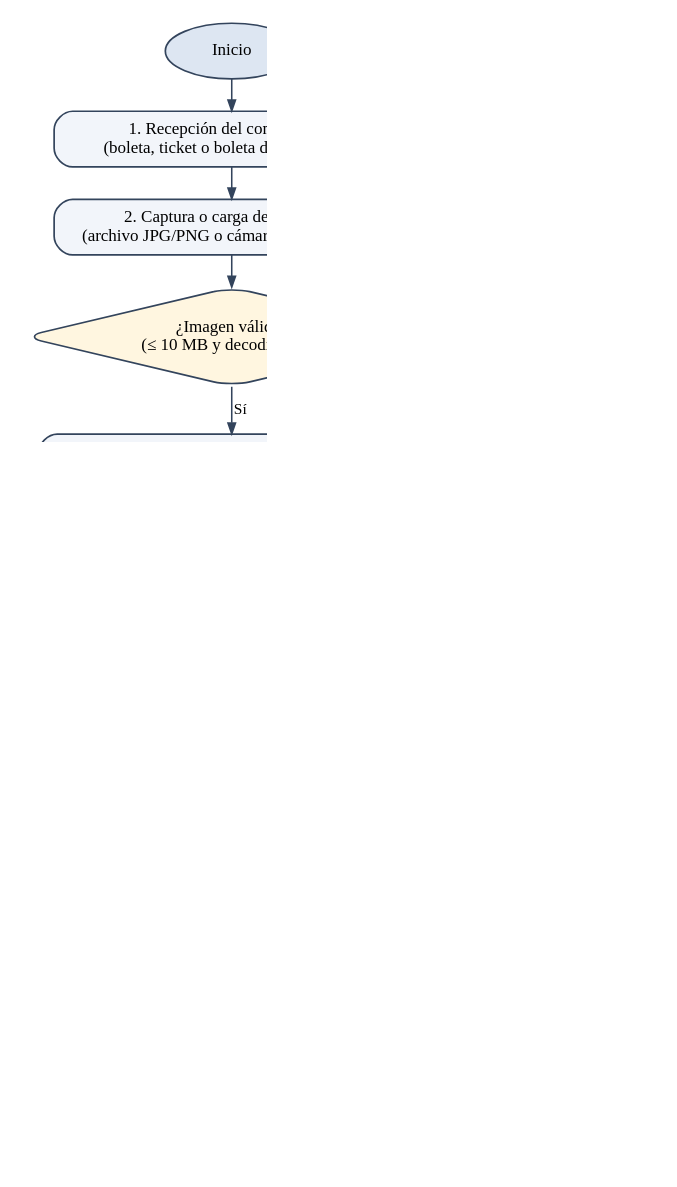
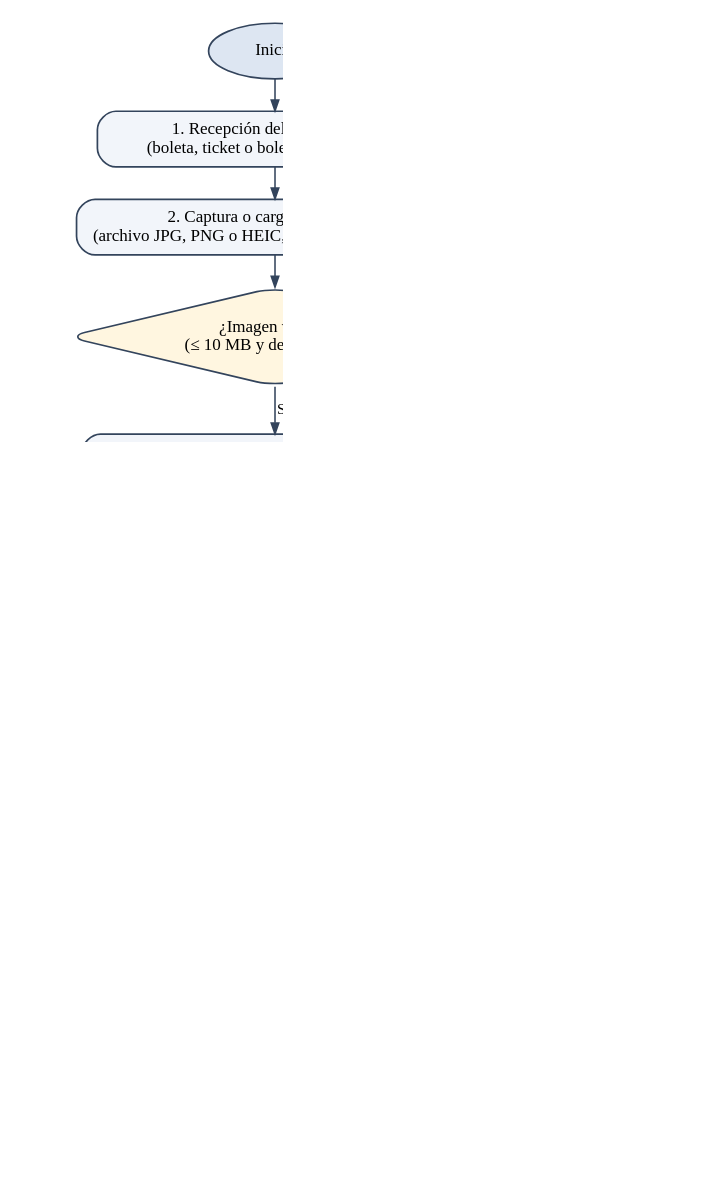
The diagram in experimentos/diagramas/flujo_proceso.dot (mort1zr/Boletas_Digitalizador), drawn with Graphviz before and after one commit. The commit also changed 10 other files, not shown here.

Commit message:
Datos: cinco boletas reales nuevas anonimizadas (R7 a R11); diagramas actualizados a PaddleOCR

```diff
--- a/experimentos/diagramas/flujo_proceso.dot
+++ b/experimentos/diagramas/flujo_proceso.dot
@@ -1,26 +1,26 @@
 digraph G {
   graph [rankdir=TB, fontname="Liberation Serif", nodesep=0.35, ranksep=0.28, dpi=200, pad=0.2];
   node  [fontname="Liberation Serif", fontsize=11, shape=box, style="rounded,filled", fillcolor="#F2F5FA", color="#33445C", penwidth=1.1, width=3.2];
   edge  [fontname="Liberation Serif", fontsize=10, color="#33445C", arrowsize=0.7];
   ini  [label="Inicio", shape=oval, fillcolor="#DDE6F2", width=1.2];
   e1   [label="1. Recepción del comprobante\n(boleta, ticket o boleta de restaurante)"];
-  e2   [label="2. Captura o carga de la imagen\n(archivo JPG/PNG o cámara del navegador)"];
+  e2   [label="2. Captura o carga de la imagen\n(archivo JPG, PNG o HEIC, o cámara del navegador)"];
   v1   [label="¿Imagen válida?\n(≤ 10 MB y decodificable)", shape=diamond, fillcolor="#FFF6E0", width=2.6];
   err  [label="Mensaje de error\ny nueva captura", fillcolor="#FBE3E3", width=1.8];
-  e3   [label="3. Preprocesamiento con OpenCV\nescala ≤ 2400 px · grises · corrección de inclinación\n(Canny + Hough) · CLAHE · filtro bilateral"];
-  e4   [label="4. Reconocimiento OCR con EasyOCR\n(detección CRAFT + reconocimiento CRNN, es/en)"];
-  e5   [label="5. Extracción de campos\nfecha · comercio · total (reglas formato A/B)"];
+  e3   [label="3. Preprocesamiento con OpenCV\nescala ≤ 2400 px · grises · corrección de inclinación\n(Canny + Hough); recorte y realce opcionales"];
+  e4   [label="4. Reconocimiento OCR con PaddleOCR\n(detección PP-OCRv5 + reconocimiento latino)"];
+  e5   [label="5. Extracción de campos y privacidad\nfecha · comercio · total (reglas A/B); enmascarado de DNI y tarjetas"];
   e6   [label="6. Validación humana\nel usuario revisa y corrige los campos propuestos"];
   v2   [label="¿Campos válidos y\nconfirmación explícita?", shape=diamond, fillcolor="#FFF6E0", width=2.6];
-  e7   [label="7. Almacenamiento\nSQLite (valores propuestos y confirmados)\n+ imagen original y procesada"];
+  e7   [label="7. Almacenamiento\nSQLite (valores propuestos y confirmados)\n+ imágenes y texto OCR cifrados"];
   e8   [label="8. Consulta y exportación\nfiltros por fecha y comercio · evidencia · CSV"];
   fin  [label="Fin", shape=oval, fillcolor="#DDE6F2", width=1.2];
   ini -> e1 -> e2 -> v1;
   v1 -> err [label=" No"]; err -> e2 [constraint=false];
   v1 -> e3 [label=" Sí"];
   e3 -> e4 -> e5 -> e6 -> v2;
   v2 -> e6 [label=" No: corregir", constraint=false];
   v2 -> e7 [label=" Sí"];
   e7 -> e8 -> fin;
   {rank=same; v1; err}
 }
```
